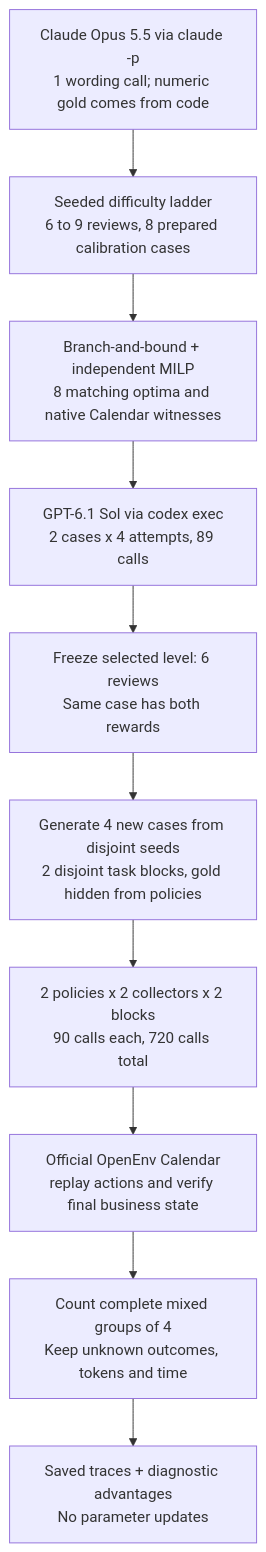
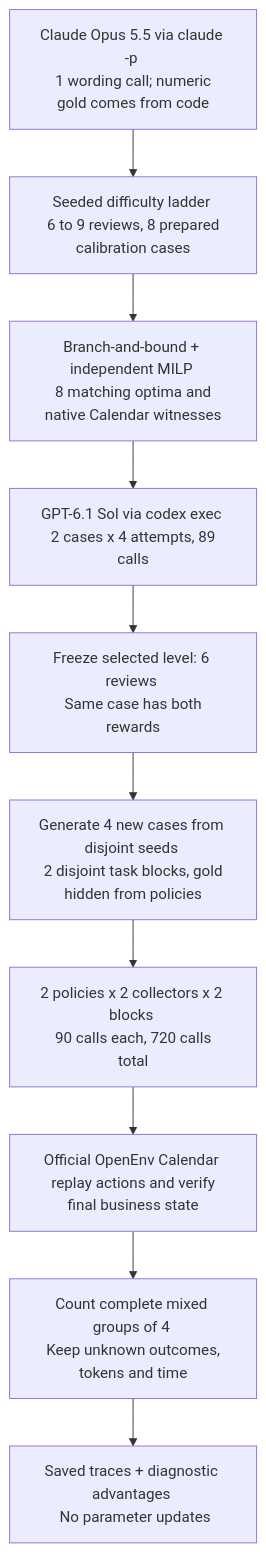
The third of 6 diagrams in notebooks/27-adaptive-knowledge-rollouts/README.md (k-sandhu/experiment-notebooks), drawn with Mermaid before and after one commit. The commit also changed other lines of this file and 4898 other files, not shown here.

````diff
--- a/notebooks/27-adaptive-knowledge-rollouts/README.md
+++ b/notebooks/27-adaptive-knowledge-rollouts/README.md
@@ -537,12 +532,12 @@
 ```mermaid
 flowchart TD
-  wording["Claude Opus 5.5 via claude -p<br/>1 wording call; numeric gold comes from code"] --> ladder
-  ladder["Seeded difficulty ladder<br/>6 to 9 reviews, 8 prepared calibration cases"] --> check["Branch-and-bound + independent MILP<br/>8 matching optima and native Calendar witnesses"]
-  check --> pilot["GPT-6.1 Sol via codex exec<br/>2 cases x 4 attempts, 89 calls"]
-  pilot --> select["Freeze selected level: 6 reviews<br/>Same case has both rewards"]
-  select --> fresh["Generate 4 new cases from disjoint seeds<br/>2 disjoint task blocks, gold hidden from policies"]
-  fresh --> run["2 policies x 2 collectors x 2 blocks<br/>90 calls each, 720 calls total"]
-  run --> score["Official OpenEnv Calendar<br/>replay actions and verify final business state"]
-  score --> yield["Count complete mixed groups of 4<br/>Keep unknown outcomes, tokens and time"]
-  yield --> stop["Saved traces + diagnostic advantages<br/>No parameter updates"]
+  wording["Claude Opus 5.5 via claude -p <br/> 1 wording call; numeric gold comes from code"] --> ladder
+  ladder["Seeded difficulty ladder <br/> 6 to 9 reviews, 8 prepared calibration cases"] --> check["Branch-and-bound + independent MILP <br/> 8 matching optima and native Calendar witnesses"]
+  check --> pilot["GPT-6.1 Sol via codex exec <br/> 2 cases x 4 attempts, 89 calls"]
+  pilot --> select["Freeze selected level: 6 reviews <br/> Same case has both rewards"]
+  select --> fresh["Generate 4 new cases from disjoint seeds <br/> 2 disjoint task blocks, gold hidden from policies"]
+  fresh --> run["2 policies x 2 collectors x 2 blocks <br/> 90 calls each, 720 calls total"]
+  run --> score["Official OpenEnv Calendar <br/> replay actions and verify final business state"]
+  score --> yield["Count complete mixed groups of 4 <br/> Keep unknown outcomes, tokens and time"]
+  yield --> stop["Saved traces + diagnostic advantages <br/> No parameter updates"]
 ```
````
